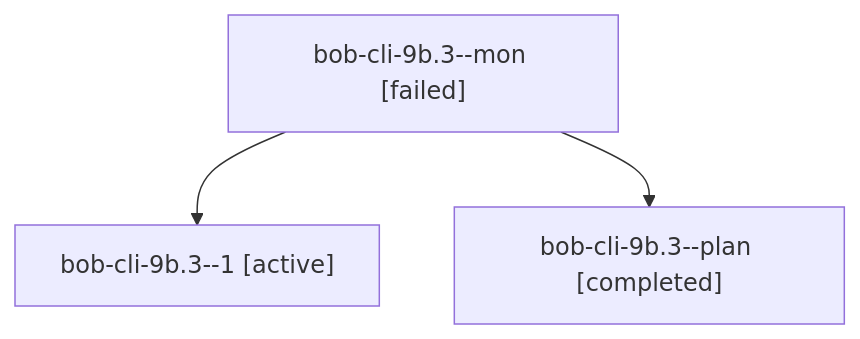
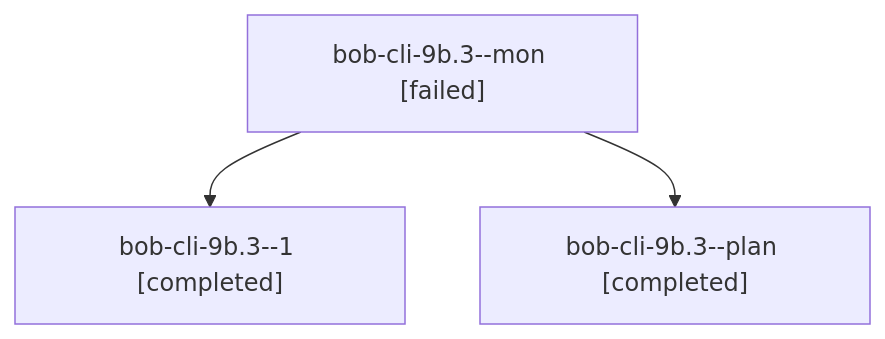
The diagram in sessions/bbugyi200.athena.bob-cli-9b.3.md (bobs-org/bob-cli--agents), drawn with Mermaid before and after one commit. The commit also changed other lines of this file and 17 other files, not shown here.

````diff
--- a/sessions/bbugyi200.athena.bob-cli-9b.3.md
+++ b/sessions/bbugyi200.athena.bob-cli-9b.3.md
@@ -9,8 +9,8 @@
 ```mermaid
 flowchart TD
   n0["bob-cli-9b.3--mon [failed]"]
-  n1["bob-cli-9b.3--1 [active]"]
+  n1["bob-cli-9b.3--1 [completed]"]
   n0 --> n1
   n2["bob-cli-9b.3--plan [completed]"]
   n0 --> n2
 ```
````
